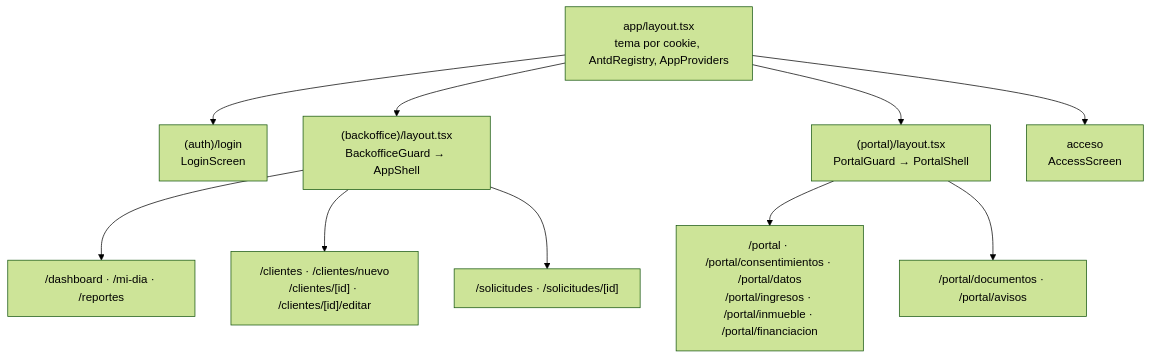
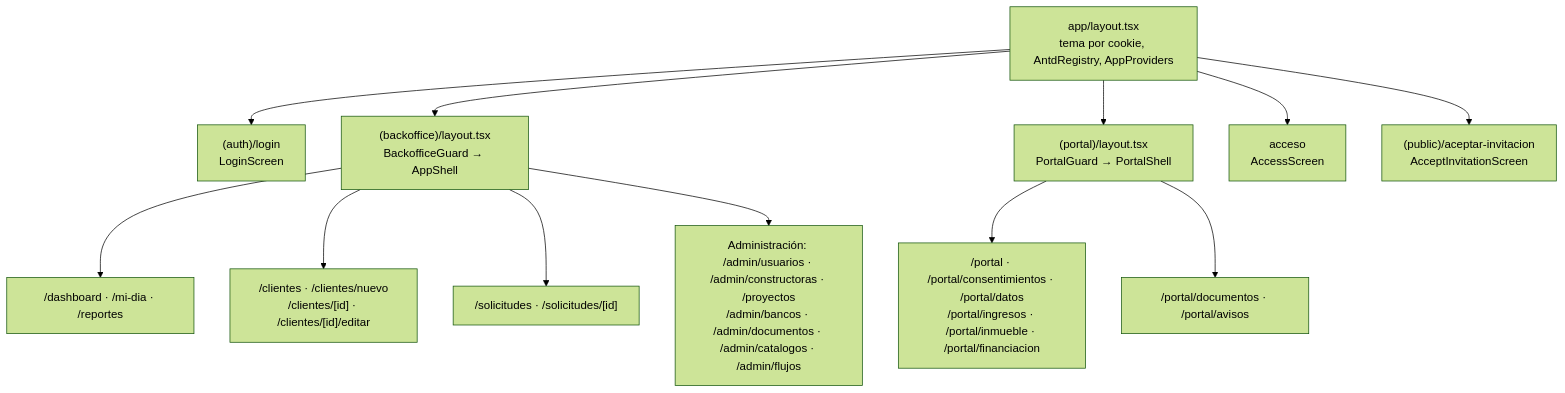
Before and after one commit to CarlosDev88/real-estate-credit-backoffice: the first of 2 diagrams in docs/guia/08-frontend.md, drawn with Mermaid (forest theme). The commit also changed other lines of this file and 10 other files, not shown here.

````diff
--- a/docs/guia/08-frontend.md
+++ b/docs/guia/08-frontend.md
@@ -45,13 +46,15 @@
 ```mermaid
 flowchart TB
     root["app/layout.tsx<br/>tema por cookie, AntdRegistry, AppProviders"]
     root --> login["(auth)/login<br/>LoginScreen"]
     root --> bo["(backoffice)/layout.tsx<br/>BackofficeGuard → AppShell"]
     root --> portal["(portal)/layout.tsx<br/>PortalGuard → PortalShell"]
     root --> acceso["acceso<br/>AccessScreen"]
+    root --> publica["(public)/aceptar-invitacion<br/>AcceptInvitationScreen"]
     bo --> bo1["/dashboard · /mi-dia · /reportes"]
     bo --> bo2["/clientes · /clientes/nuevo<br/>/clientes/[id] · /clientes/[id]/editar"]
     bo --> bo3["/solicitudes · /solicitudes/[id]"]
+    bo --> bo4["Administración: /admin/usuarios · /admin/constructoras · /proyectos<br/>/admin/bancos · /admin/documentos · /admin/catalogos · /admin/flujos"]
     portal --> p1["/portal · /portal/consentimientos · /portal/datos<br/>/portal/ingresos · /portal/inmueble · /portal/financiacion"]
     portal --> p2["/portal/documentos · /portal/avisos"]
 ```
````
